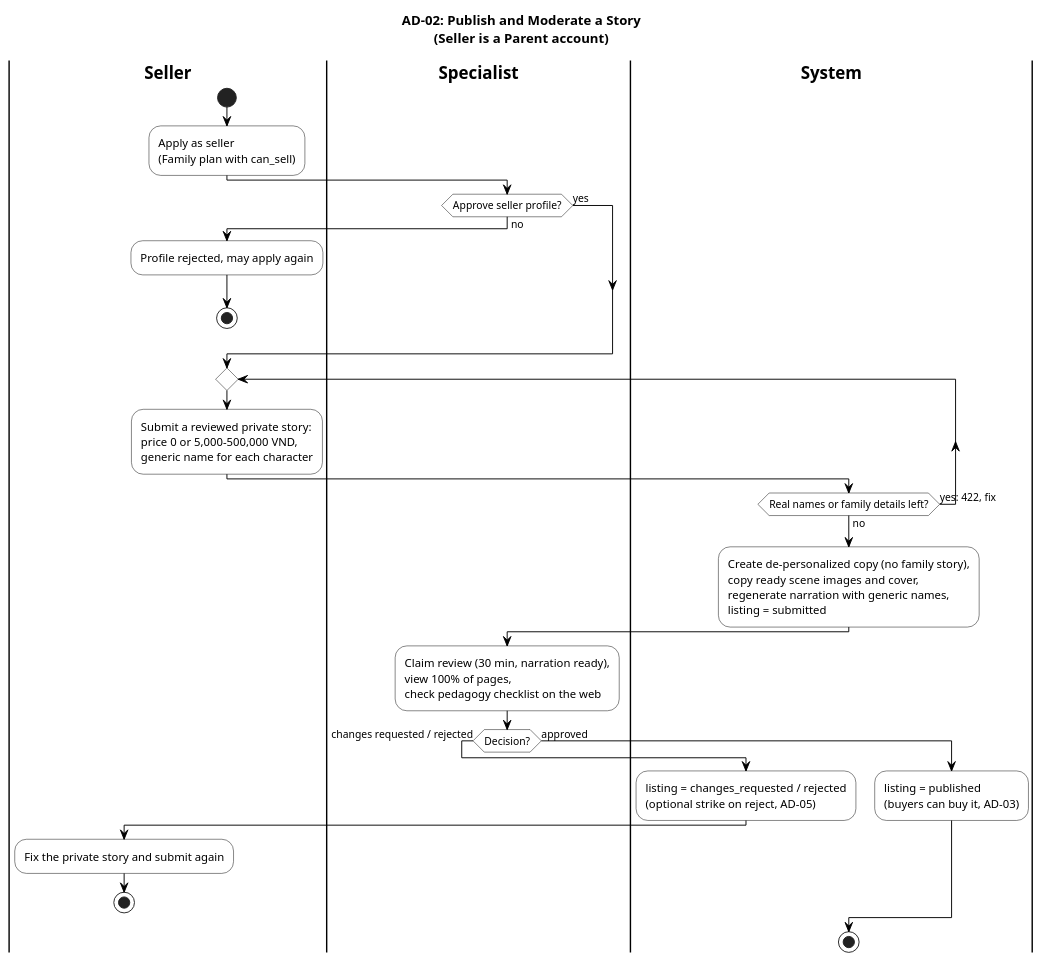
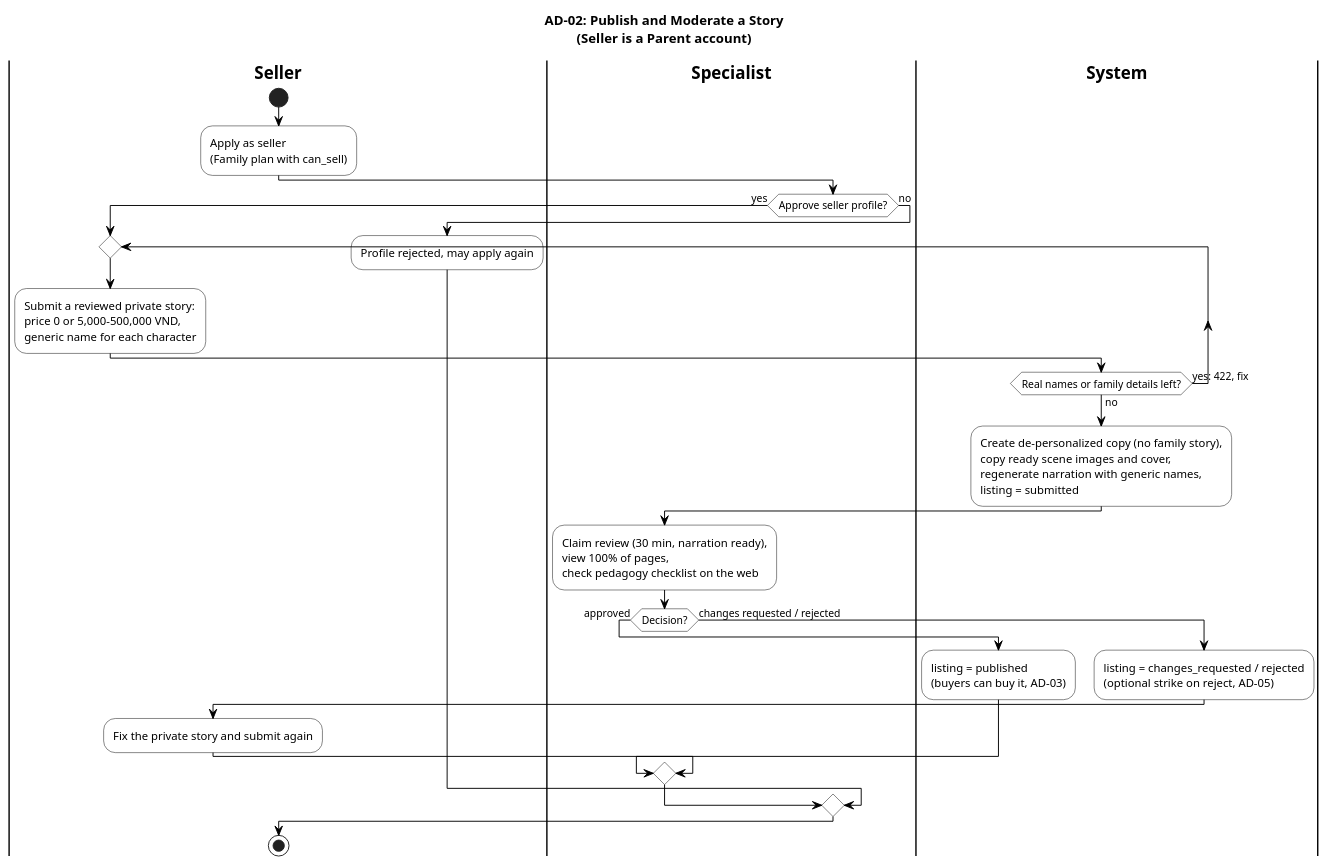
Before and after one commit to SEP490-GFA26SE186/BE: the diagram in docs/diagrams/activity/AD-02-publish-moderate.puml, drawn with PlantUML. The commit also changed 10 other files, not shown here.

First line of the commit message:
Refactor refund activity diagrams for clarity and consistency

```diff
--- a/docs/diagrams/activity/AD-02-publish-moderate.puml
+++ b/docs/diagrams/activity/AD-02-publish-moderate.puml
@@ -1,48 +1,47 @@
 @startuml AD-02-publish-moderate
 title AD-02: Publish and Moderate a Story\n(Seller is a Parent account)
 skinparam defaultFontName Arial
 skinparam shadowing false
 skinparam ArrowColor #000000
 skinparam ActivityBackgroundColor #FFFFFF
 skinparam ActivityBorderColor #000000
 skinparam ActivityDiamondBackgroundColor #FFFFFF
 skinparam ActivityDiamondBorderColor #000000
 skinparam SwimlaneBorderColor #000000
 skinparam SwimlaneTitleFontStyle bold
 skinparam NoteBackgroundColor #FFFFFF
 skinparam NoteBorderColor #555555
 
 |Seller|
 |Specialist|
 |System|
 
 |Seller|
 start
 :Apply as seller\n(Family plan with can_sell);
 |Specialist|
-if (Approve seller profile?) then (no)
+if (Approve seller profile?) then (yes)
+  |Seller|
+  repeat
+    :Submit a reviewed private story:\nprice 0 or 5,000-500,000 VND,\ngeneric name for each character;
+    |System|
+  repeat while (Real names or family details left?) is (yes: 422, fix) not (no)
+  :Create de-personalized copy (no family story),\ncopy ready scene images and cover,\nregenerate narration with generic names,\nlisting = submitted;
+  |Specialist|
+  :Claim review (30 min, narration ready),\nview 100% of pages,\ncheck pedagogy checklist on the web;
+  if (Decision?) then (approved)
+    |System|
+    :listing = published\n(buyers can buy it, AD-03);
+  else (changes requested / rejected)
+    |System|
+    :listing = changes_requested / rejected\n(optional strike on reject, AD-05);
+    |Seller|
+    :Fix the private story and submit again;
+  endif
+else (no)
   |Seller|
   :Profile rejected, may apply again;
-  stop
-else (yes)
 endif
 |Seller|
-repeat
-  :Submit a reviewed private story:\nprice 0 or 5,000-500,000 VND,\ngeneric name for each character;
-  |System|
-repeat while (Real names or family details left?) is (yes: 422, fix) not (no)
-:Create de-personalized copy (no family story),\ncopy ready scene images and cover,\nregenerate narration with generic names,\nlisting = submitted;
-|Specialist|
-:Claim review (30 min, narration ready),\nview 100% of pages,\ncheck pedagogy checklist on the web;
-if (Decision?) then (changes requested / rejected)
-  |System|
-  :listing = changes_requested / rejected\n(optional strike on reject, AD-05);
-  |Seller|
-  :Fix the private story and submit again;
-  stop
-else (approved)
-  |System|
-  :listing = published\n(buyers can buy it, AD-03);
-endif
 stop
 @enduml
```
